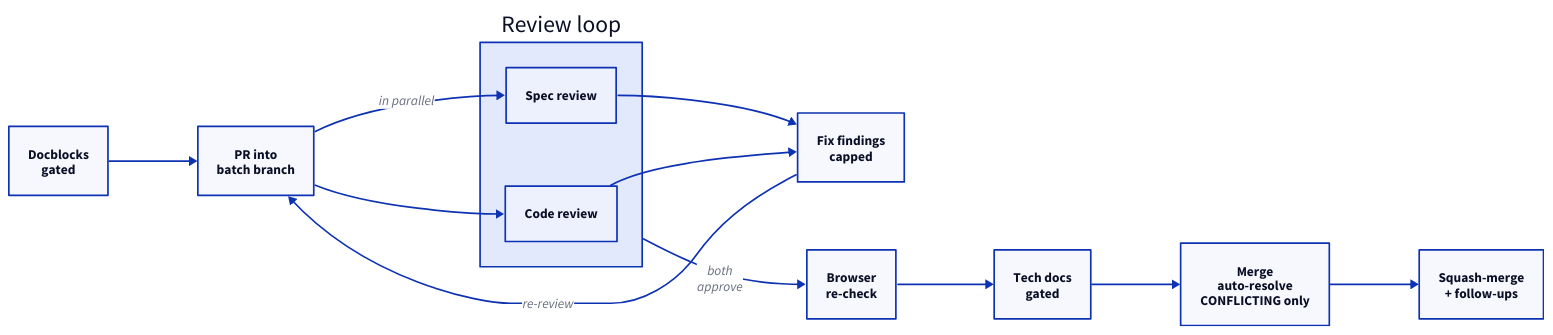
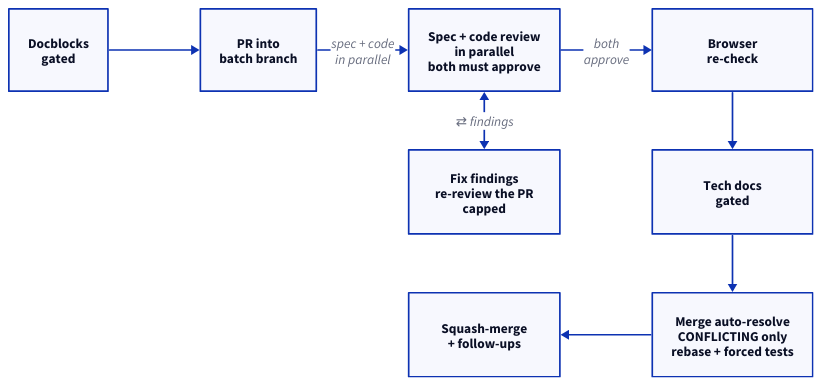
The diagram in docs/diagrams/phase-ship.d2 (aaddrick/ticketmill), drawn with D2 before and after one commit. The commit also changed 22 other files, not shown here.

```diff
--- a/docs/diagrams/phase-ship.d2
+++ b/docs/diagrams/phase-ship.d2
@@ -1,35 +1,54 @@
-# Ship phase, per issue. The per-issue PR merges into the batch branch,
-# never into BASE.
+# Ship phase, per issue. The PR merges into the batch branch, never BASE.
+#
+# GRID SNAKE. Reading order is boustrophedon: row 1 left-to-right, then the
+# flow drops straight down the LAST column and the next row reads back
+# right-to-left.
+#
+# Why a grid and not a layout engine: neither bundled engine can wrap a long
+# chain into rows. d2 does not expose ELK's `wrapping.strategy`, and a
+# `direction` set on a container is ignored by both dagre and ELK. Grid
+# placement is the only way to fold a chain, and it fills row-major over the
+# declaration order below.
+#
+# THE DIAGONAL RULE: grid connections are center-to-center straight segments
+# with no path-finding. An edge is orthogonal only if its two cells share a row
+# or a column, and only if they are neighbours -- an edge spanning two cells in
+# a row draws straight THROUGH the cell between them. Everything else is a
+# diagonal. Place nodes so every edge joins neighbours.
+#
+# Grid columns share a width, so one wide cell widens its whole column.
+#
+# Spacer cells (`sp*`) are invisible padding that push the wrap into the right
+# column. They are load-bearing -- deleting one reflows the entire grid.
 
-direction: right
+grid-rows: 3
+grid-columns: 4
+horizontal-gap: 110
+vertical-gap: 70
 
+# row 1
 db: "Docblocks\ngated" { class: optional }
 pr: "PR into\nbatch branch" { class: stage }
-
-rv: "Review loop" {
-  class: phase
-
-  spec: "Spec review" { class: gate }
-  code: "Code review" { class: gate }
-}
-
-fix: "Fix findings\ncapped" { class: stage }
+# Spec and code review are one cell, not a container of two. As a container it
+# widened this grid column and stretched every other cell in it. They are
+# symmetric peers running in the same iteration, so the text carries it.
+rv: "Spec + code review\nin parallel\nboth must approve" { class: gate }
 bw2: "Browser\nre-check" { class: optional }
+# row 2
+sp1: "" { style.opacity: 0 }
+sp2: "" { style.opacity: 0 }
+fix: "Fix findings\nre-review the PR\ncapped" { class: stage }
 tdoc: "Tech docs\ngated" { class: optional }
-mar: "Merge\nauto-resolve\nCONFLICTING only" { class: gate }
+# row 3
+sp3: "" { style.opacity: 0 }
+sp4: "" { style.opacity: 0 }
 mg: "Squash-merge\n+ follow-ups" { class: terminal }
+mar: "Merge auto-resolve\nCONFLICTING only\nrebase + forced tests" { class: gate }
 
 db -> pr: { class: flow }
-pr -> rv.spec: "in parallel" { class: flow }
-pr -> rv.code: { class: flow }
-
-rv.spec -> fix: { class: loop }
-rv.code -> fix: { class: loop }
-fix -> pr: "re-review" { class: loop }
-
-# Edge leaves the container, not one reviewer: the gate is both approving in
-# the same iteration.
+pr -> rv: "spec + code\nin parallel" { class: flow }
+rv <-> fix: "⇄ findings" { class: loop }
 rv -> bw2: "both\napprove" { class: flow }
 bw2 -> tdoc: { class: flow }
 tdoc -> mar: { class: flow }
 mar -> mg: { class: flow }
```
